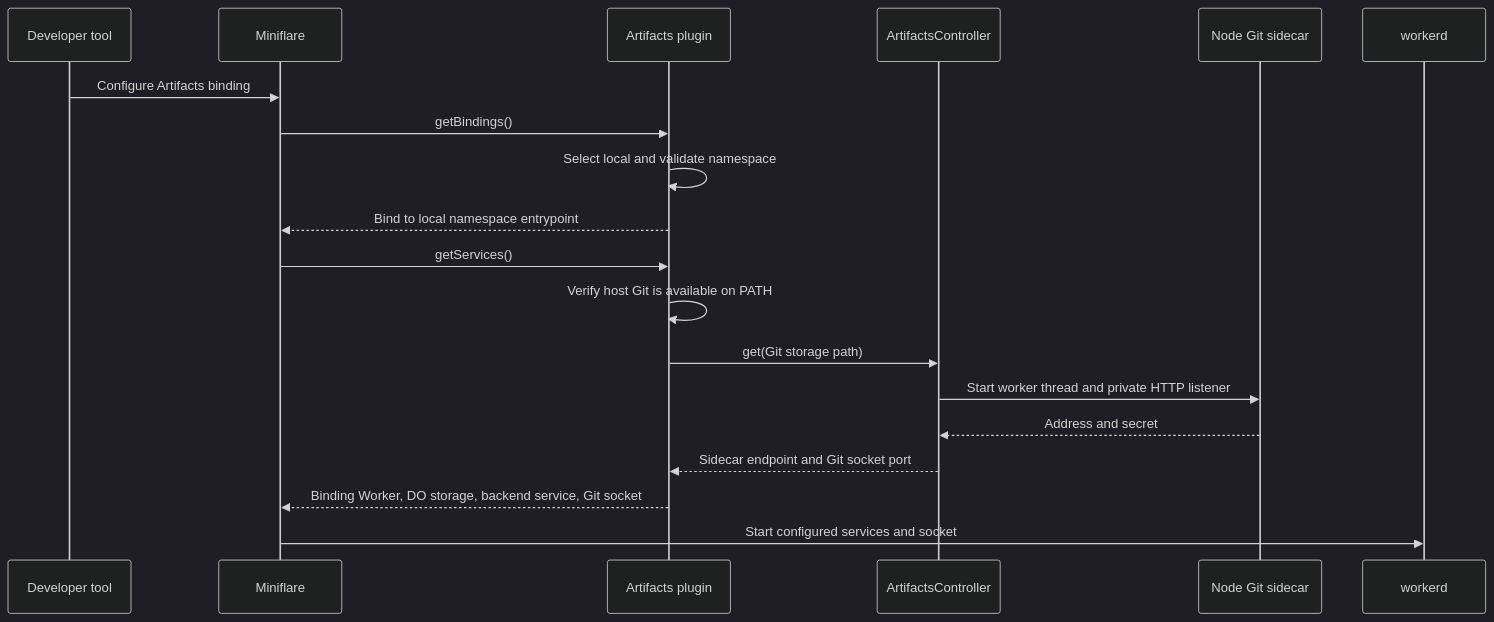
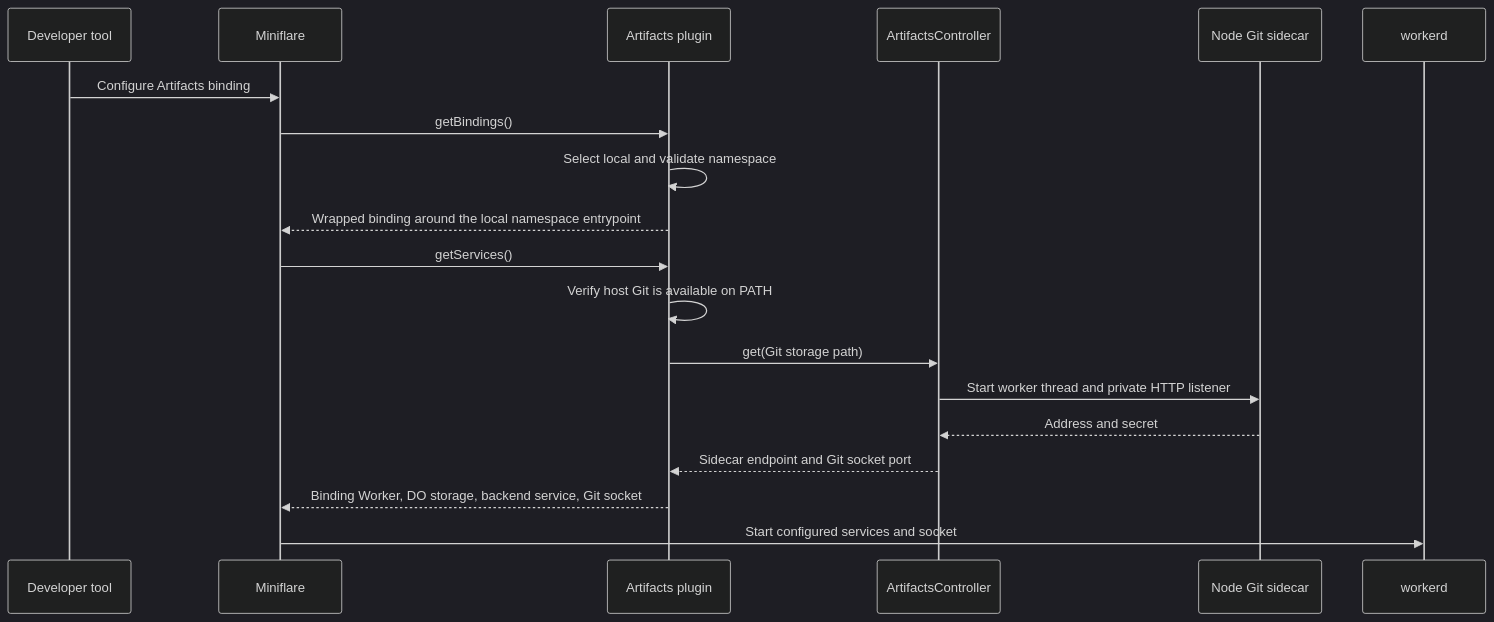
The first of 4 diagrams in packages/miniflare/src/plugins/artifacts/README.md (cloudflare/workers-sdk), drawn with Mermaid (dark theme) before and after one commit. The commit also changed other lines of this file and 13 other files, not shown here.

````diff
--- a/packages/miniflare/src/plugins/artifacts/README.md
+++ b/packages/miniflare/src/plugins/artifacts/README.md
@@ -21,22 +21,22 @@
 ```mermaid
 sequenceDiagram
     participant Dev as Developer tool
     participant MF as Miniflare
     participant Plugin as Artifacts plugin
     participant Controller as ArtifactsController
     participant Sidecar as Node Git sidecar
     participant Workerd as workerd
 
     Dev->>MF: Configure Artifacts binding
     MF->>Plugin: getBindings()
     Plugin->>Plugin: Select local and validate namespace
-    Plugin-->>MF: Bind to local namespace entrypoint
+    Plugin-->>MF: Wrapped binding around the local namespace entrypoint
     MF->>Plugin: getServices()
     Plugin->>Plugin: Verify host Git is available on PATH
     Plugin->>Controller: get(Git storage path)
     Controller->>Sidecar: Start worker thread and private HTTP listener
     Sidecar-->>Controller: Address and secret
     Controller-->>Plugin: Sidecar endpoint and Git socket port
     Plugin-->>MF: Binding Worker, DO storage, backend service, Git socket
     MF->>Workerd: Start configured services and socket
 ```
````
